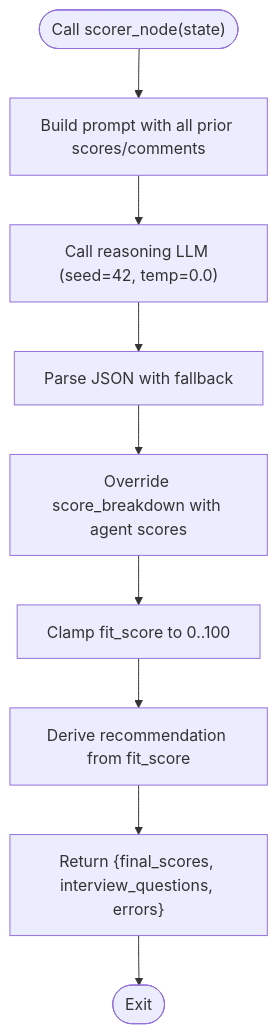
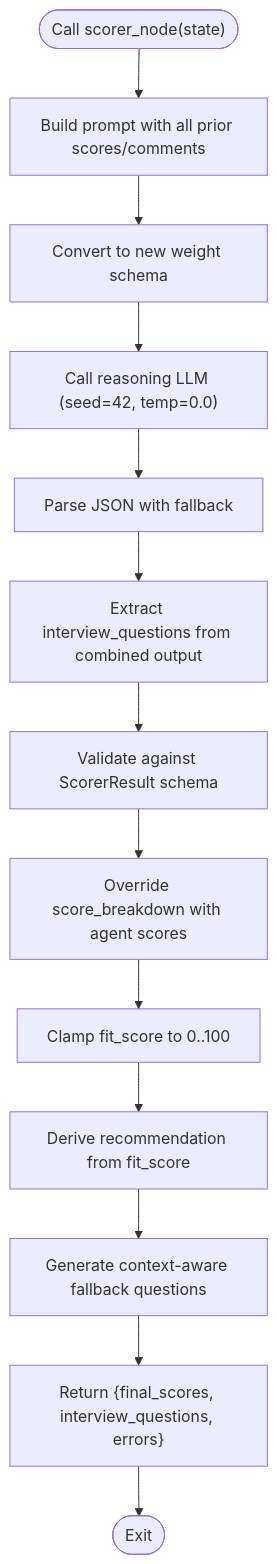
Before and after one commit to Revanththetalogics/aireume: the sixth of 8 diagrams in .qoder/repowiki/en/content/Analysis Engine/Agent Pipeline (LangGraph).md, drawn with Mermaid. The commit also changed other lines of this file and 21 other files, not shown here.

````diff
--- a/.qoder/repowiki/en/content/Analysis Engine/Agent Pipeline (LangGraph).md
+++ b/.qoder/repowiki/en/content/Analysis Engine/Agent Pipeline (LangGraph).md
@@ -255,11 +258,15 @@
 ```mermaid
 flowchart TD
 Start(["Call scorer_node(state)"]) --> BuildPrompt["Build prompt with all prior scores/comments"]
-BuildPrompt --> CallLLM["Call reasoning LLM (seed=42, temp=0.0)"]
+BuildPrompt --> WeightMapping["Convert to new weight schema"]
+WeightMapping --> CallLLM["Call reasoning LLM (seed=42, temp=0.0)"]
 CallLLM --> Parse["Parse JSON with fallback"]
-Parse --> Override["Override score_breakdown with agent scores"]
+Parse --> ExtractIQ["Extract interview_questions from combined output"]
+ExtractIQ --> ValidateSchema["Validate against ScorerResult schema"]
+ValidateSchema --> Override["Override score_breakdown with agent scores"]
 Override --> Clamp["Clamp fit_score to 0..100"]
 Clamp --> Rec["Derive recommendation from fit_score"]
-Rec --> ReturnState["Return {final_scores, interview_questions, errors}"]
+Rec --> GenerateFallback["Generate context-aware fallback questions"]
+GenerateFallback --> ReturnState["Return {final_scores, interview_questions, errors}"]
 ReturnState --> End(["Exit"])
 ```
````
